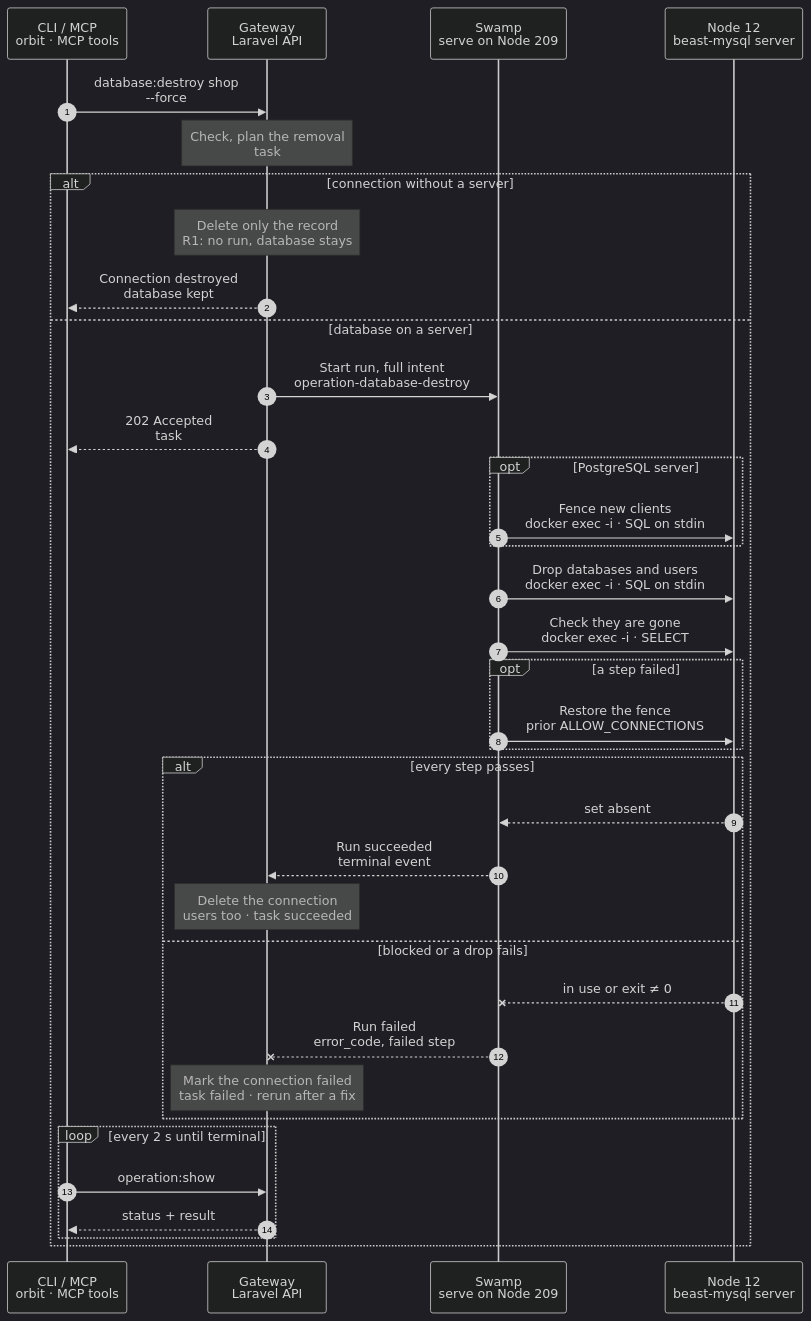
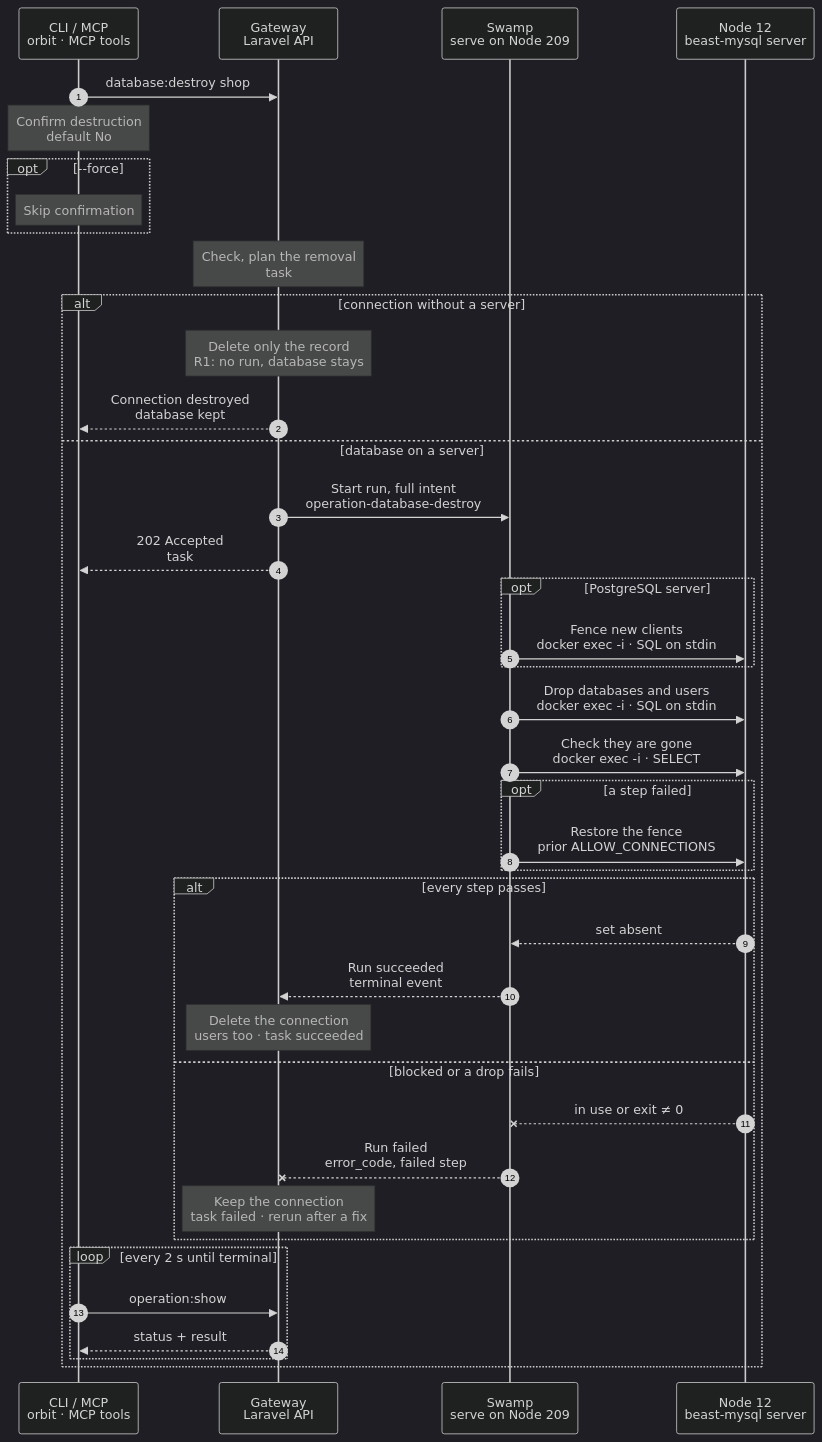
One commit to hardimpactdev/orbit changed the diagram in docs/cli/database/destroy.mmd. Above: the diagram before and after it, drawn with Mermaid (dark theme). The commit also changed 10 other files, not shown here.

```diff
--- a/docs/cli/database/destroy.mmd
+++ b/docs/cli/database/destroy.mmd
@@ -1,136 +1,145 @@
 sequenceDiagram
   %% Target design: ADR 0244 task, DECISIONS R1-R4, 5 (swamp role SSH identity), round 2 bugs (server admin password by its own vault key, cleanup on pass or fail). docs/reference/database-servers.md#remove-a-database.
   %% Tightened: flow-tighten 2026-11-02, rules 6, 16, 19, 22 (no copied scripts or cleanup, no ownership read, blocker check and drops in one SQL batch on stdin).
   %% status: draft
   %% command: database:destroy
   %% kind: database.destroy
   autonumber
   %% lane CLI icon=terminal pill=caller tone=gray
   %% lane GW icon=gateway pill=intent tone=blue
   %% lane SW icon=workflow pill=executes tone=green
   %% lane N icon=server pill=target tone=amber
   participant CLI as CLI / MCP<br/>orbit · MCP tools
   participant GW as Gateway<br/>Laravel API
   participant SW as Swamp<br/>serve on Node 209
   participant N as Node 12<br/>beast-mysql server
-  CLI->>GW: database:destroy shop<br/>--force
+  CLI->>GW: database:destroy shop
   %%> Command:
   %%> - `orbit database:destroy shop --force`
-  %%> - syntax: `<slug> [--force] [--idempotency-key=KEY]`
+  %%> - syntax: `<slug> [--force] [--idempotency-key=KEY] [--json]`
   %%> Input:
   %%> - the connection slug, as `database:list` shows it
   %%> Confirmation:
   %%> - without `--force`, the CLI asks first; the default is No
   %%> - with `--json` or without a terminal, `--force` is required (`database.confirmation_required`)
+  Note over CLI: Confirm destruction<br/>default No
+  %%> What it does:
+  %%> - ask on a terminal before sending the request; decline cancels
+  opt --force
+    Note over CLI: Skip confirmation
+    %%> What it changes:
+    %%> - send the confirmed request without prompting; required for JSON or non-interactive calls
+  end
   Note over GW: Check, plan the removal<br/>task #5124 · lock beast-mysql
   %%> Requirements:
   %%> - your Node has an access grant to Node 12
   %%> - no Instance attaches `shop` (`database.connection_attached`); detach with `instance:database:remove` first
   %%> - AI router setup and Analytics do not use it
   %%> - no database creation or other removal runs on `beast-mysql`; the Gateway holds one lock per Database server
   %%> Plans:
-  %%> - the databases: `shop`, its test database and, on PostgreSQL, the recorded test pool
+  %%> - the databases: `shop`, its test database and the recorded test pool on MySQL or PostgreSQL
   %%> - the users Orbit created for `shop` that no other connection on the server uses
   %%> - system databases such as `mysql` or `postgres` are refused before any run
   %%> Decides:
   %%> - whether only the record goes, or the database must leave the server
   alt connection without a server
     Note over GW: Delete only the record<br/>R1: no run, database stays
     %%> When:
-    %%> - a registered external database or SQLite file, or a Valkey connection that logs in as `default`
+    %%> - a registered external database or SQLite file
     %%> Result:
     %%> - connection `shop` is deleted
     %%> - the database itself stays where it is; Orbit never created it
     %%> - no Swamp run starts (R1)
     GW-->>CLI: Connection destroyed<br/>database kept
     %%> What you get:
     %%> - the final result at once; there is nothing to follow
   else database on a server
     GW->>SW: Start run, full intent<br/>operation-database-destroy
     %%> What it does:
     %%> - starts one Swamp run on serve (Node 209)
     %%> Inputs:
     %%> - the planned databases (with the recorded test database and pool) and unshared users
     %%> - four vault key names, one per batch (`database-destroy-5124-fence`, `-drop`, `-gone`, `-restore`); each value is the admin password line and its statements, so the password never enters the intent
     %%> - Node 12's address and SSH host keys; the SSH identity comes from the `swamp` role
     GW-->>CLI: 202 Accepted<br/>task #5124
     %%> What you get:
     %%> - the task number, at once
     %%> Next:
     %%> - the CLI follows the task with `operation:show`
     opt PostgreSQL server
       SW->>N: Fence new clients<br/>docker exec -i · SQL on stdin
       %%> How:
       %%> - Swamp reaches Node 12 over SSH from 209 with the official `@swamp/ssh` behavior; nothing is copied to the Node
       %%> - one `docker exec -i` into the server container, the admin password as the first stdin line, then the statements
       %%> What it does:
       %%> - stops new clients from connecting to every planned database
       %%> - journals each database's prior value in `orbit_admin.database_removal_fences`, in the same transaction
       %%> Not included:
       %%> - existing clients stay connected; Orbit never force-disconnects them
     end
     SW->>N: Drop databases and users<br/>docker exec -i · SQL on stdin
     %%> What it does:
     %%> - one statement batch on stdin: first the blocker query, then each planned database, then each planned user that no other connection on `beast-mysql` uses
     %%> - a missing database or user counts as removed
     %%> Blocks:
     %%> - PostgreSQL: sessions, replication slots, prepared transactions, subscriptions, outside dependencies of a removed role
     %%> - MySQL: connected clients, metadata locks, outside definers, cross-schema foreign keys
     %%> - any blocker ends the batch with `database.in_use` before the first drop
     %%> Per driver:
     %%> - admin login: the admin password as the first stdin line, from the vault, read inside the container
     %%> - Valkey: no database; `ACL DELUSER`, then `ACL SAVE`; the user's keys stay
+    %%> - Valkey default login: the removal plan excludes `default`; its credentials and keys stay
     %%> Not included:
     %%> - no ownership read first: the plan comes from the Gateway's records
     SW->>N: Check they are gone<br/>docker exec -i · SELECT
     %%> What it does:
     %%> - checks that no planned database or user is left on the server; the check fails the run while one remains
     %%> Why:
     %%> - the removal only counts when the server shows it; this is the one end check, and a parent run such as `instance:destroy` sees a refusal too
     opt a step failed
       SW->>N: Restore the fence<br/>prior ALLOW_CONNECTIONS
       %%> When:
       %%> - only after a failed step on a fenced PostgreSQL server: a step with `dependsOn` and the condition `failed`
       %%> What it does:
       %%> - gives each surviving database its exact prior value from the journal
       %%> If it fails:
       %%> - the journal stays; the next `database:destroy` restores or finishes
     end
     alt every step passes
       N-->>SW: set absent
       %%> Returns:
       %%> - the check passed for every database and user
       SW-->>GW: Run succeeded<br/>terminal event
       %%> How the Gateway learns it:
       %%> - its shared run reader sees the terminal event; Swamp never calls the Gateway
       Note over GW: Delete the connection<br/>users too · task succeeded
       %%> Result:
       %%> - connection `shop` and its recorded users are deleted
       %%> - task #5124 succeeds
     else blocked or a drop fails
       N--xSW: in use or exit ≠ 0
       %%> When:
       %%> - a blocker, an ownership refusal, a failed drop, or a lost SSH connection
       SW--xGW: Run failed<br/>error_code, failed step
       %%> The Gateway reads:
       %%> - which step failed and its error code, for example `database.in_use`
-      Note over GW: Mark the connection failed<br/>task failed · rerun after a fix
+      Note over GW: Keep the connection<br/>task failed · rerun after a fix
       %%> Result:
-      %%> - connection `shop` stays, marked failed, with its users and attachments
+      %%> - connection `shop` stays with its users and attachments; the task records the failure
       %%> - task #5124 fails
       %%> On the Node:
       %%> - after a blocker, nothing was dropped
       %%> - after a failed drop, the dropped objects stay gone; there is no rollback
       %%> Retry:
       %%> - stop the clients or remove the blockers, then run the same command again
       %%> - a rerun repeats the checks and counts missing objects as removed
     end
     loop every 2 s until terminal
       CLI->>GW: operation:show #5124
       %%> What it does:
       %%> - asks for the task's status every 2 seconds until it has ended
       GW-->>CLI: status + result
       %%> Returns:
       %%> - the current status, and the result once the task has ended
     end
   end
```
